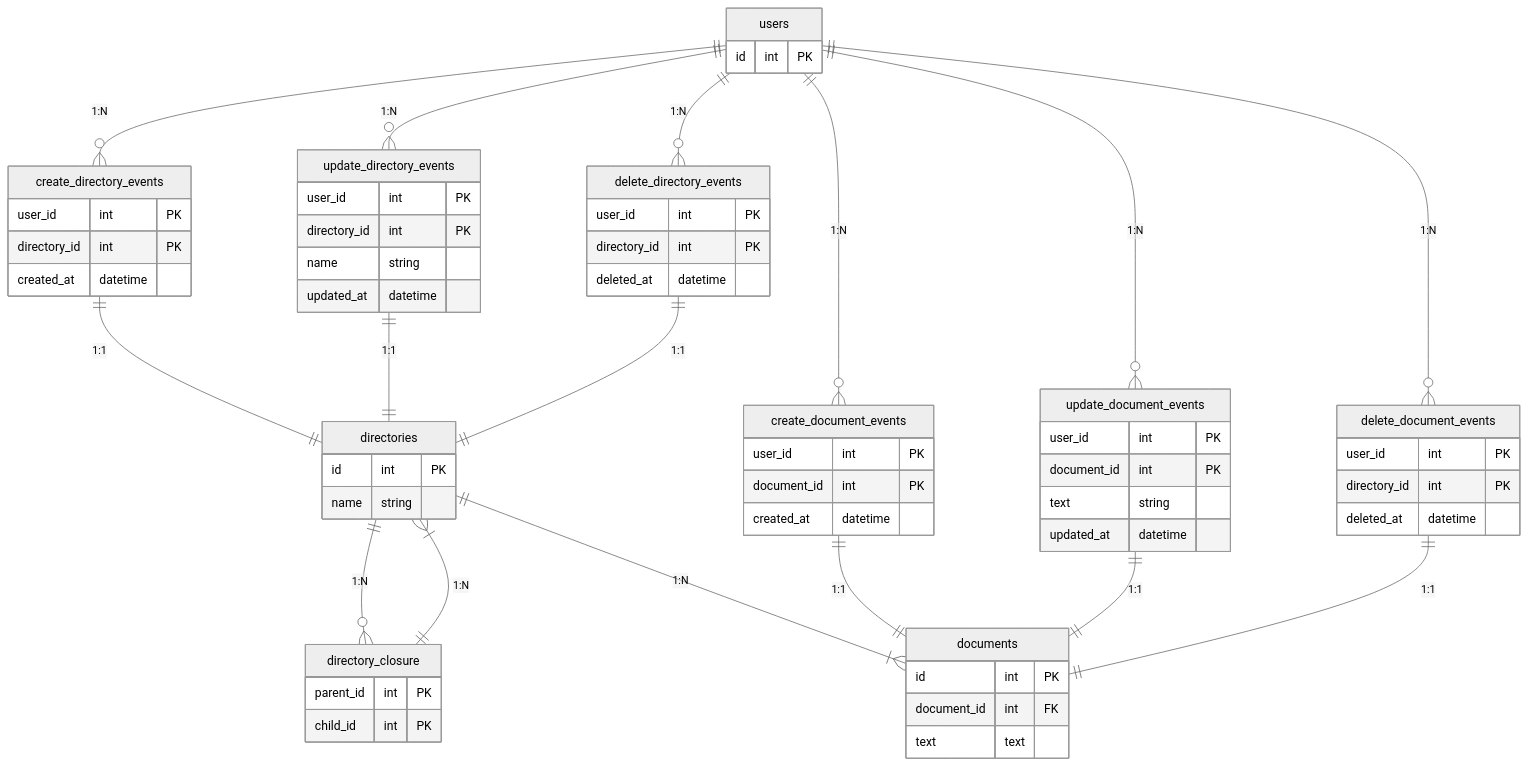
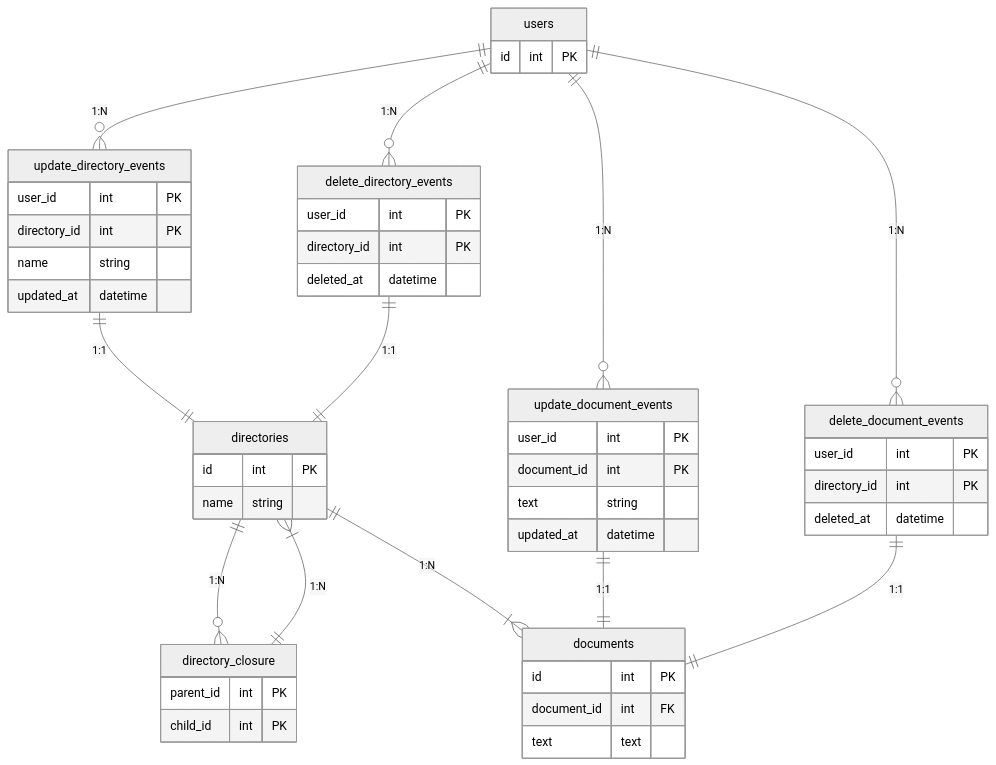
Before and after one commit to HitoroOhria/praha-challenge: the first of 2 diagrams in db/db-modeling-3/README.md, drawn with Mermaid (neutral theme).

Commit message:
作成イベントテーブルを削除

````diff
--- a/db/db-modeling-3/README.md
+++ b/db/db-modeling-3/README.md
@@ -5,77 +5,61 @@
 ```mermaid
 erDiagram
 
-users ||--o{ create_directory_events : "1:N"
 users ||--o{ update_directory_events : "1:N"
 users ||--o{ delete_directory_events : "1:N"
-users ||--o{ create_document_events : "1:N"
 users ||--o{ update_document_events : "1:N"
 users ||--o{ delete_document_events : "1:N"
 users {
   id int PK
-}
-
-create_directory_events ||--|| directories : "1:1"
-create_directory_events {
-  user_id int PK
-  directory_id int PK
-  created_at datetime
 }
 
 update_directory_events ||--|| directories : "1:1"
 update_directory_events {
   user_id int PK
   directory_id int PK
   name string
   updated_at datetime
 }
 
 delete_directory_events ||--|| directories : "1:1"
 delete_directory_events {
   user_id int PK
   directory_id int PK
   deleted_at datetime
 }
 
 directories ||--o{ directory_closure : "1:N"
 directories ||--|{ documents : "1:N"
 directories {
   id int PK
   name string
 }
 
 directory_closure ||--|{ directories : "1:N"
 directory_closure {
   parent_id int PK
   child_id int PK
 }
 
-create_document_events ||--|| documents : "1:1"
-create_document_events {
-  user_id int PK
-  document_id int PK
-  created_at datetime
-}
-
 update_document_events ||--|| documents : "1:1"
 update_document_events {
   user_id int PK
   document_id int PK
   text string
   updated_at datetime
 }
 
 delete_document_events ||--|| documents : "1:1"
 delete_document_events {
   user_id int PK
   directory_id int PK
   deleted_at datetime
 }
 
 documents {
   id int PK
   document_id int FK
   text text
 }
 
 ```
````
